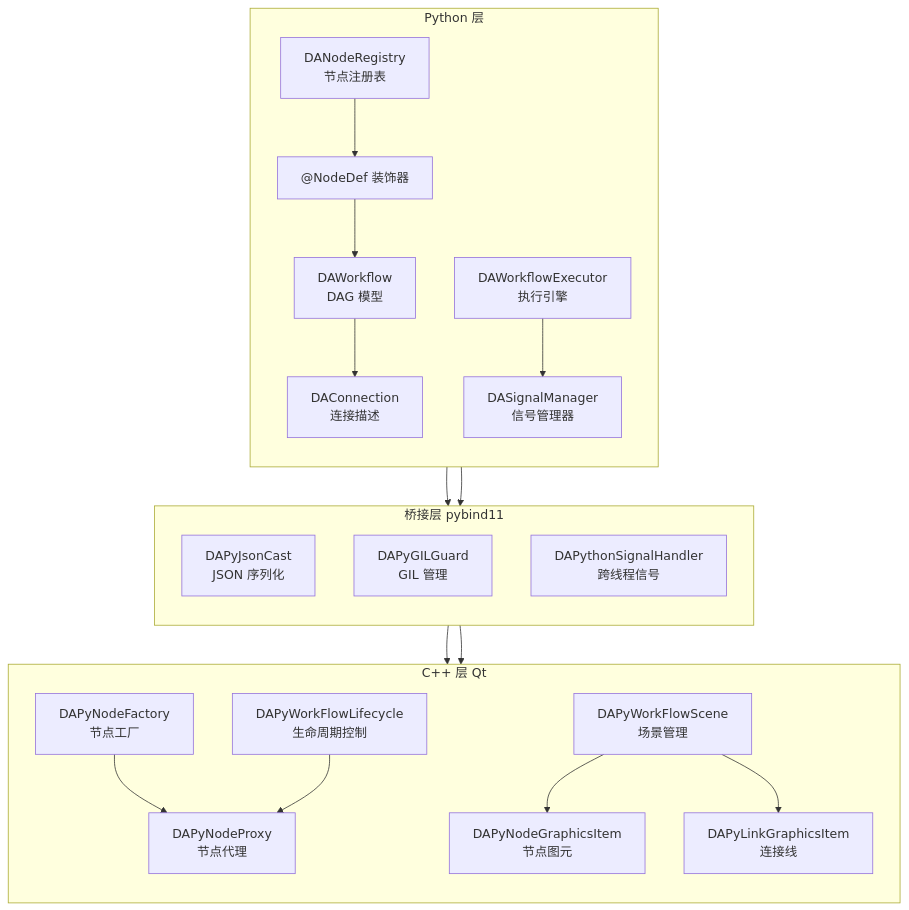
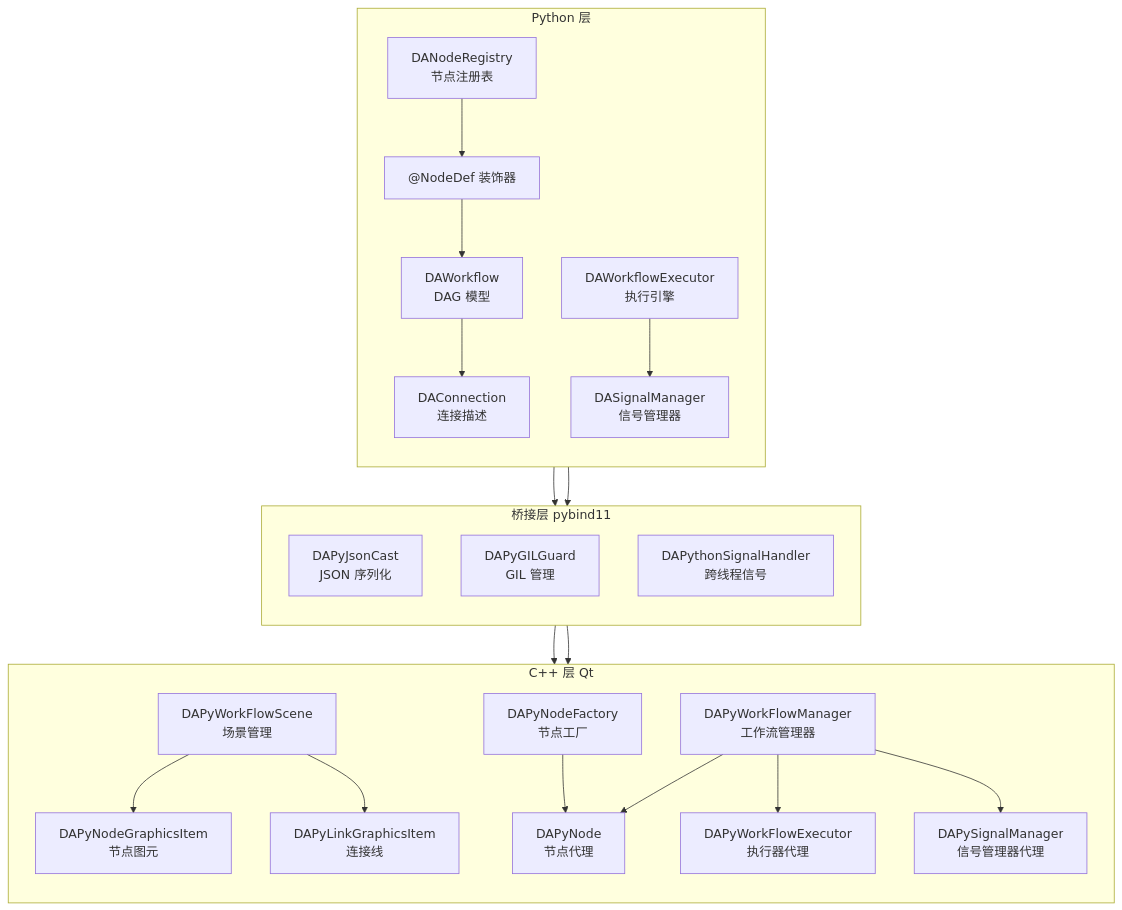
One commit to czyt1988/data-workbench changed the diagram in docs/zh/dev-guide/workflow-overview.md. Above: the diagram before and after it, drawn with Mermaid. The commit also changed other lines of this file and 8 other files, not shown here.

First line of the commit message:
docs: update AGENTS.md and workflow documentation for refactored DAPyWorkFlow architecture

````diff
--- a/docs/zh/dev-guide/workflow-overview.md
+++ b/docs/zh/dev-guide/workflow-overview.md
@@ -84,44 +84,48 @@
 ```mermaid
 flowchart TB
     subgraph Python_Layer [Python 层]
         direction TB
         NodeDef["@NodeDef 装饰器"]
         DAWorkflow["DAWorkflow<br/>DAG 模型"]
         DANodeRegistry["DANodeRegistry<br/>节点注册表"]
         DAWorkflowExecutor["DAWorkflowExecutor<br/>执行引擎"]
         DASignalManager["DASignalManager<br/>信号管理器"]
         DAConnection["DAConnection<br/>连接描述"]
     end
 
     subgraph Bridge_Layer [桥接层 pybind11]
         direction TB
         PyJsonCast["DAPyJsonCast<br/>JSON 序列化"]
         PyGILGuard["DAPyGILGuard<br/>GIL 管理"]
         PySignalHandler["DAPythonSignalHandler<br/>跨线程信号"]
     end
 
     subgraph CPP_Layer [C++ 层 Qt]
         direction TB
         DAPyWorkFlowScene["DAPyWorkFlowScene<br/>场景管理"]
         DAPyNodeGraphicsItem["DAPyNodeGraphicsItem<br/>节点图元"]
         DAPyLinkGraphicsItem["DAPyLinkGraphicsItem<br/>连接线"]
-        DAPyNodeProxy["DAPyNodeProxy<br/>节点代理"]
+        DAPyNode["DAPyNode<br/>节点代理"]
         DAPyNodeFactory["DAPyNodeFactory<br/>节点工厂"]
-        DAPyWorkFlowLifecycle["DAPyWorkFlowLifecycle<br/>生命周期控制"]
+        DAPyWorkFlowManager["DAPyWorkFlowManager<br/>工作流管理器"]
+        DAPyWorkFlowExecutor["DAPyWorkFlowExecutor<br/>执行器代理"]
+        DAPySignalManager["DAPySignalManager<br/>信号管理器代理"]
     end
 
     NodeDef --> DAWorkflow
     DAWorkflow --> DAConnection
     DANodeRegistry --> NodeDef
     DAWorkflowExecutor --> DASignalManager
 
     DAWorkflow --> PyJsonCast
     DASignalManager --> PySignalHandler
 
     PyJsonCast --> DAPyWorkFlowScene
-    PySignalHandler --> DAPyWorkFlowLifecycle
-    DAPyNodeFactory --> DAPyNodeProxy
+    PySignalHandler --> DAPyWorkFlowManager
+    DAPyNodeFactory --> DAPyNode
     DAPyWorkFlowScene --> DAPyNodeGraphicsItem
     DAPyWorkFlowScene --> DAPyLinkGraphicsItem
-    DAPyWorkFlowLifecycle --> DAPyNodeProxy
+    DAPyWorkFlowManager --> DAPyNode
+    DAPyWorkFlowManager --> DAPyWorkFlowExecutor
+    DAPyWorkFlowManager --> DAPySignalManager
 ```
````
